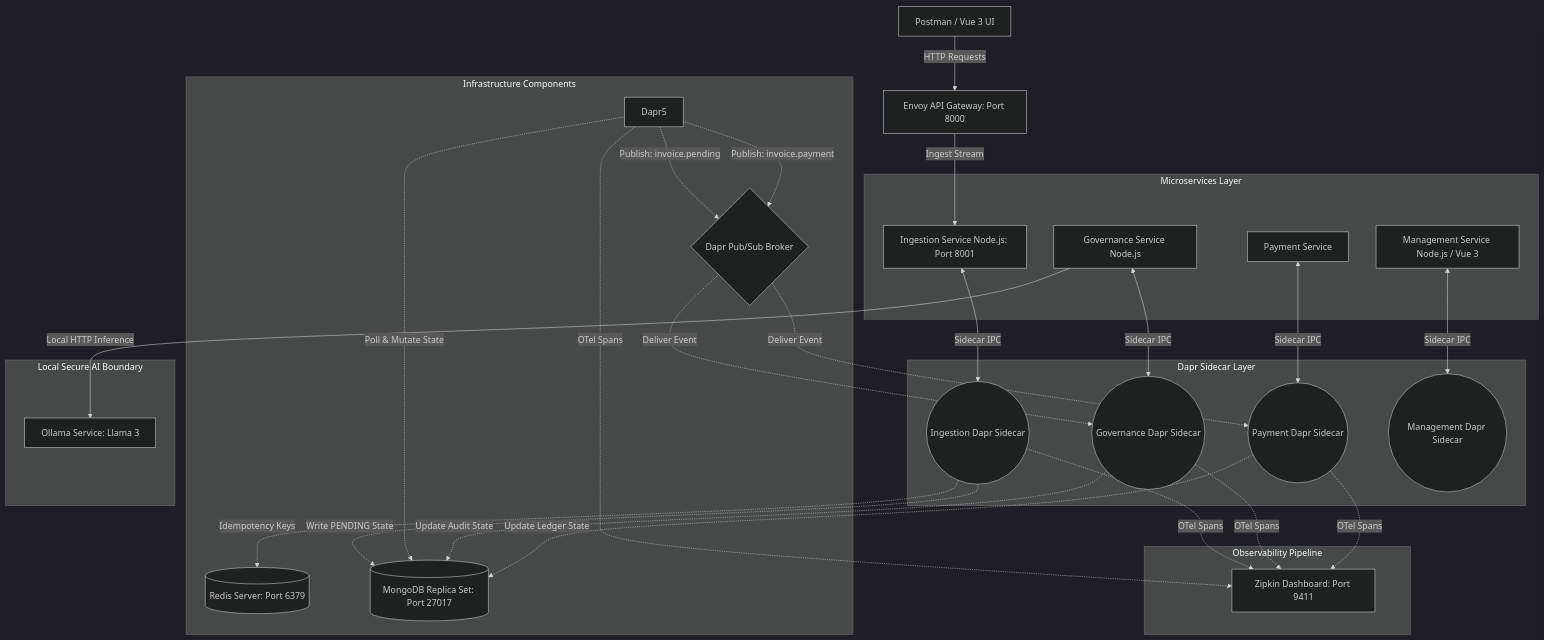
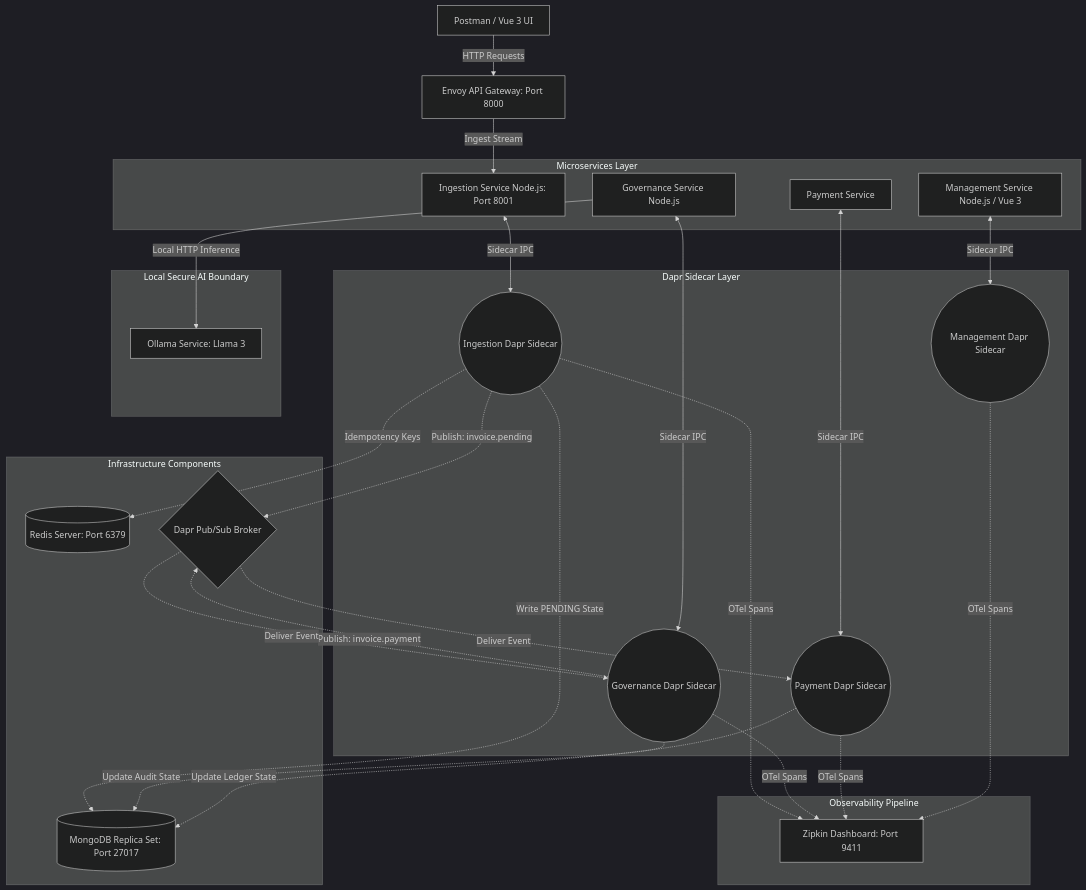
Before and after one commit to roman-shneer/InvoiceApprovalFlow: the first of 4 diagrams in docs/ARCHITECTURE.md, drawn with Mermaid (dark theme). The commit also changed other lines of this file and 5 other files, not shown here.

````diff
--- a/docs/ARCHITECTURE.md
+++ b/docs/ARCHITECTURE.md
@@ -22,46 +22,45 @@
 ```mermaid
 graph TD
     Client[Postman / Vue 3 UI] -->|HTTP Requests| Envoy[Envoy API Gateway: Port 8000]
     Envoy -->|Ingest Stream| Ingestion[Ingestion Service Node.js: Port 8001]
 
     subgraph Microservices Layer
         Ingestion        
         Governance[Governance Service Node.js]
         Payment[Payment Service]
         Management[Management Service Node.js / Vue 3]
     end
 
     subgraph Dapr Sidecar Layer
         Ingestion <-->|Sidecar IPC| Dapr1((Ingestion Dapr Sidecar))
         Governance <-->|Sidecar IPC| Dapr2((Governance Dapr Sidecar))
         Payment <-->|Sidecar IPC| Dapr3((Payment Dapr Sidecar))
         Management <-->|Sidecar IPC| Dapr4((Management Dapr Sidecar))
     end
 
     subgraph Infrastructure Components
         Dapr1 -.->|Idempotency Keys| Redis[(Redis Server: Port 6379)]
         
         %% Database Connections
         Dapr1 -.->|Write PENDING State| DB[(MongoDB Replica Set: Port 27017)]
-        Dapr5 -.->|Poll & Mutate State| DB
         Dapr2 -.->|Update Audit State| DB
         Dapr3 -.->|Update Ledger State| DB
 
         %% Dapr Pub/Sub Broker abstraction
-        Dapr5 -.->|Publish: invoice.pending| PubSub{Dapr Pub/Sub Broker}
-        Dapr5 -.->|Publish: invoice.payment| PubSub
+        Dapr1 -.->|Publish: invoice.pending| PubSub{Dapr Pub/Sub Broker}
+        Dapr2 -.->|Publish: invoice.payment| PubSub
         PubSub -.->|Deliver Event| Dapr2
         PubSub -.->|Deliver Event| Dapr3
     end
 
     subgraph Local Secure AI Boundary
         Governance -->|Local HTTP Inference| Ollama[Ollama Service: Llama 3]
     end
 
     subgraph Observability Pipeline
         Dapr1 -.->|OTel Spans| Zipkin[Zipkin Dashboard: Port 9411]
         Dapr2 -.->|OTel Spans| Zipkin
         Dapr3 -.->|OTel Spans| Zipkin
-        Dapr5 -.->|OTel Spans| Zipkin
+        Dapr4 -.->|OTel Spans| Zipkin
     end
 ```
````
